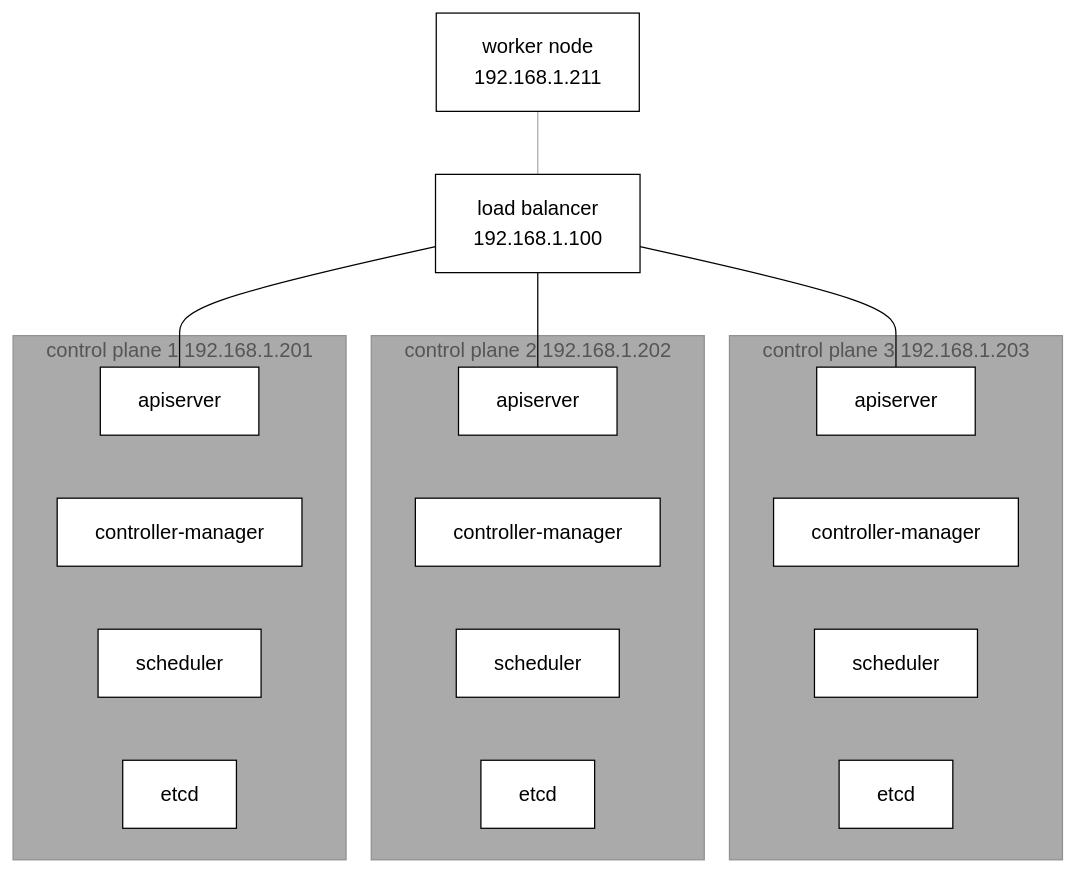
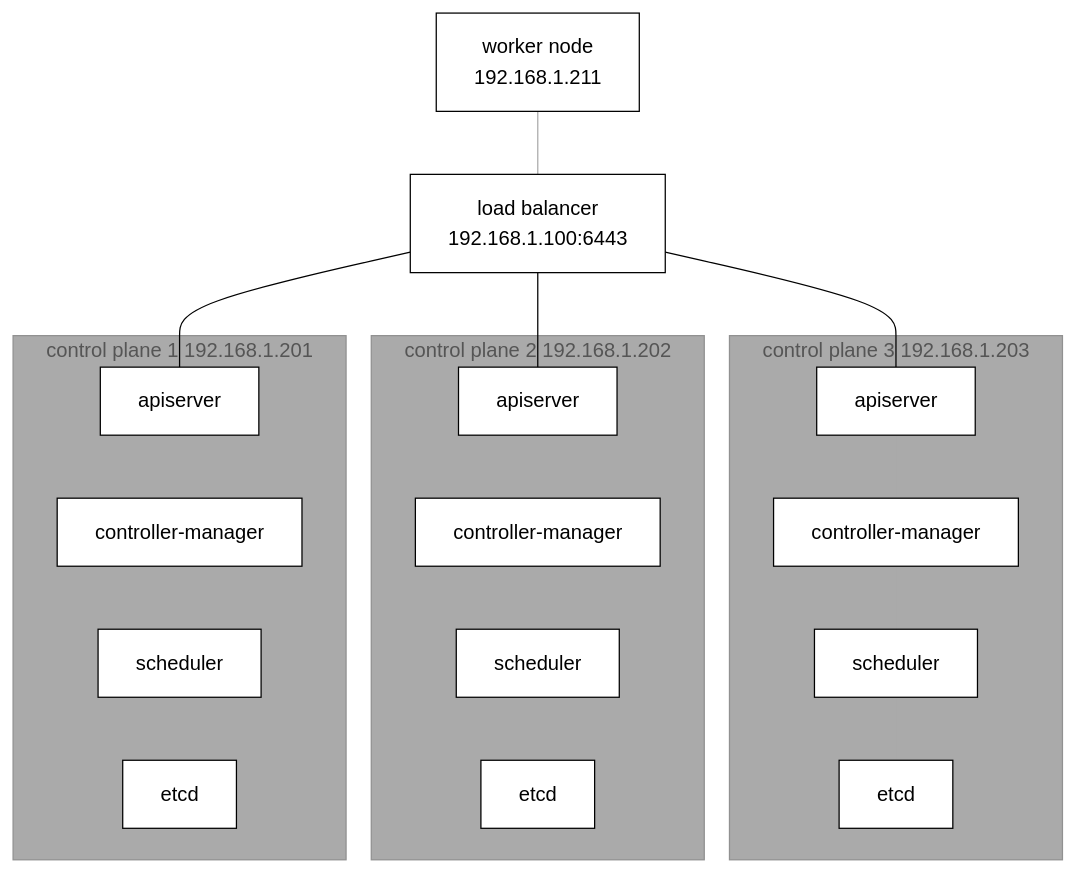
One commit to wurly200a/wurly-wp-contents changed the diagram in 1134.org. Above: the diagram before and after it, drawn with Mermaid. The commit also changed other lines of this file and 1 other file, not shown here.

```diff
--- a/1134.org
+++ b/1134.org
@@ -45,64 +56,64 @@
 #+begin_src mermaid :file images/1134_51.png
 %%{
   init: {
     'theme': 'base',
     'themeVariables': {
       'primaryColor': '#ffffff',
       'primaryTextColor': '#000000',
       'primaryBorderColor': '#000000',
       'lineColor': '#aaaaaa',
       'secondaryColor': '#ffffff',
       'tertiaryColor': '#aaaaaa'
     }
   }
 }%%
 
 graph TB
   subgraph controlplane3[control plane 3 192.168.1.203]
     APISERVER3["apiserver"]
     CONTROLLER3["controller-manager"]
     SCHEDULER3["scheduler"]
     ETCD3["etcd"]
   end
 
   subgraph controlplane2[control plane 2 192.168.1.202]
     APISERVER2["apiserver"]
     CONTROLLER2["controller-manager"]
     SCHEDULER2["scheduler"]
     ETCD2["etcd"]
   end
 
   subgraph controlplane1[control plane 1 192.168.1.201]
     APISERVER1["apiserver"]
     CONTROLLER1["controller-manager"]
     SCHEDULER1["scheduler"]
     ETCD1["etcd"]
   end
   
-  LB["load balancer\n192.168.1.100"]
+  LB["load balancer\n192.168.1.100:6443"]
 
   WORKER["worker node\n192.168.1.211"]
   
   %% relation
   WORKER---LB
 
   LB---APISERVER1
   LB---APISERVER2
   LB---APISERVER3
 
   APISERVER1---CONTROLLER1
   CONTROLLER1---SCHEDULER1
   SCHEDULER1---ETCD1
 
   APISERVER2---CONTROLLER2
   CONTROLLER2---SCHEDULER2
   SCHEDULER2---ETCD2
 
   APISERVER3---CONTROLLER3
   CONTROLLER3---SCHEDULER3
   SCHEDULER3---ETCD3
 
 linkStyle 1 stroke:#000000
 linkStyle 2 stroke:#000000
 linkStyle 3 stroke:#000000
 #+end_src
```
